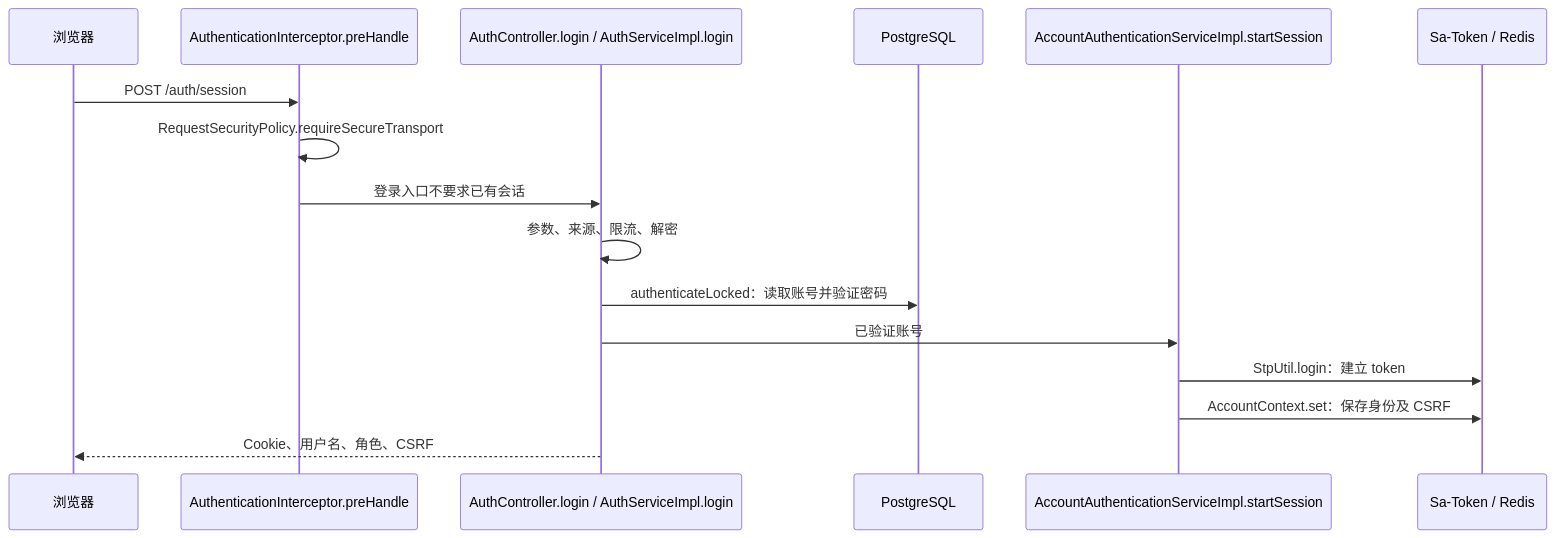
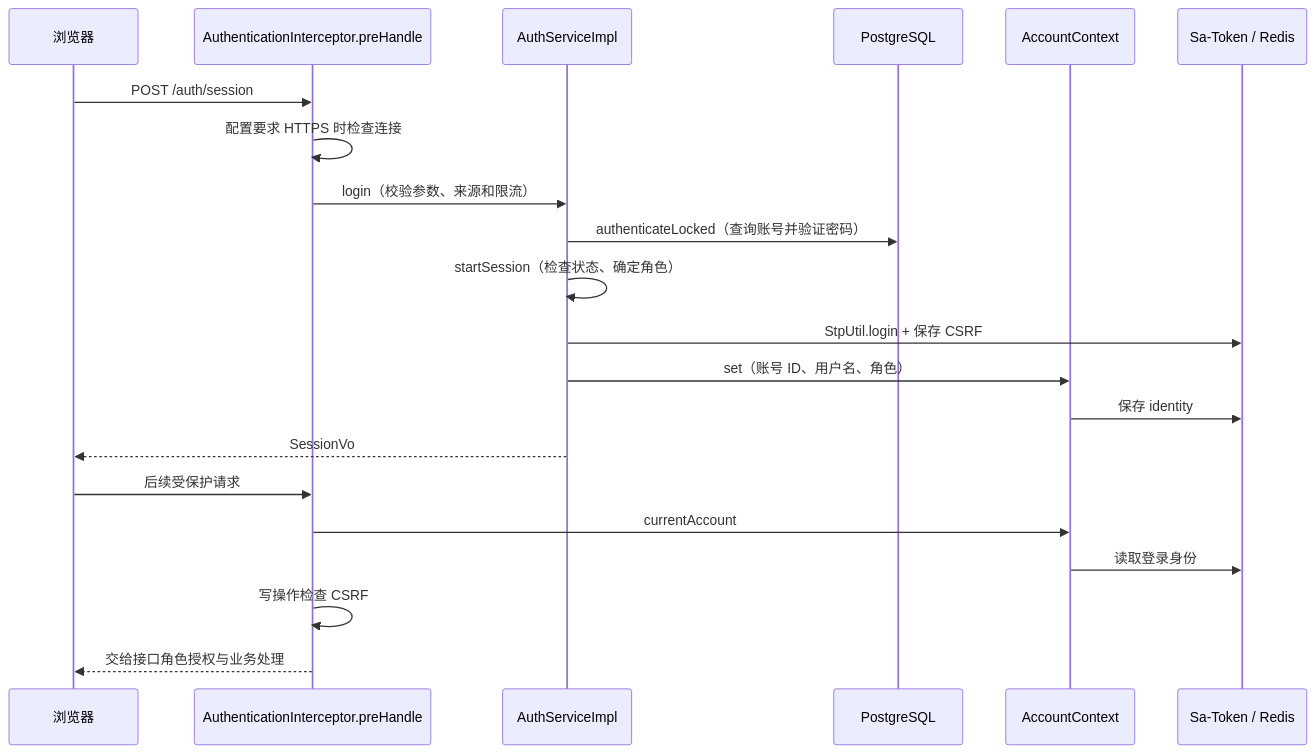
The first of 3 diagrams in resources/architecture/authentication-flow.md (WKING66/mai-s-portfolio), drawn with Mermaid before and after one commit. The commit also changed other lines of this file and 28 other files, not shown here.

````diff
--- a/resources/architecture/authentication-flow.md
+++ b/resources/architecture/authentication-flow.md
@@ -7,18 +9,23 @@
 ```mermaid
 sequenceDiagram
     participant Browser as 浏览器
     participant Gate as AuthenticationInterceptor.preHandle
-    participant Auth as AuthController.login / AuthServiceImpl.login
+    participant Auth as AuthServiceImpl
     participant DB as PostgreSQL
-    participant Session as AccountAuthenticationServiceImpl.startSession
+    participant Context as AccountContext
     participant Redis as Sa-Token / Redis
     Browser->>Gate: POST /auth/session
-    Gate->>Gate: RequestSecurityPolicy.requireSecureTransport
-    Gate->>Auth: 登录入口不要求已有会话
-    Auth->>Auth: 参数、来源、限流、解密
-    Auth->>DB: authenticateLocked：读取账号并验证密码
-    Auth->>Session: 已验证账号
-    Session->>Redis: StpUtil.login：建立 token
-    Session->>Redis: AccountContext.set：保存身份及 CSRF
-    Auth-->>Browser: Cookie、用户名、角色、CSRF
+    Gate->>Gate: 配置要求 HTTPS 时检查连接
+    Gate->>Auth: login（校验参数、来源和限流）
+    Auth->>DB: authenticateLocked（查询账号并验证密码）
+    Auth->>Auth: startSession（检查状态、确定角色）
+    Auth->>Redis: StpUtil.login + 保存 CSRF
+    Auth->>Context: set（账号 ID、用户名、角色）
+    Context->>Redis: 保存 identity
+    Auth-->>Browser: SessionVo
+    Browser->>Gate: 后续受保护请求
+    Gate->>Context: currentAccount
+    Context->>Redis: 读取登录身份
+    Gate->>Gate: 写操作检查 CSRF
+    Gate-->>Browser: 交给接口角色授权与业务处理
 ```
````
